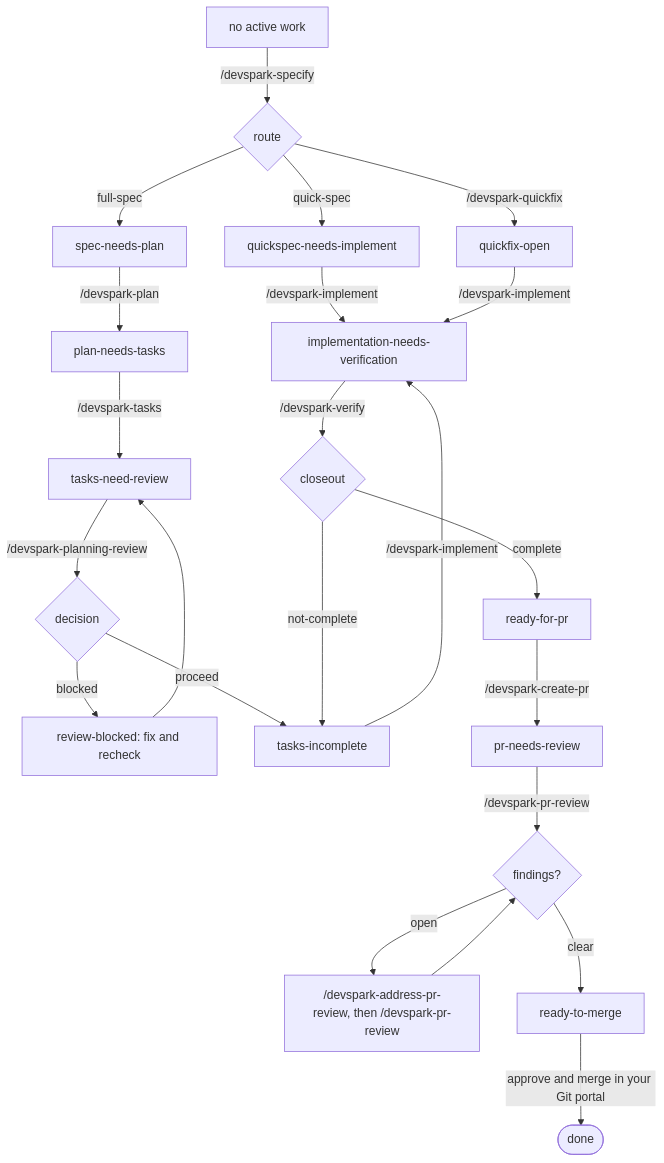
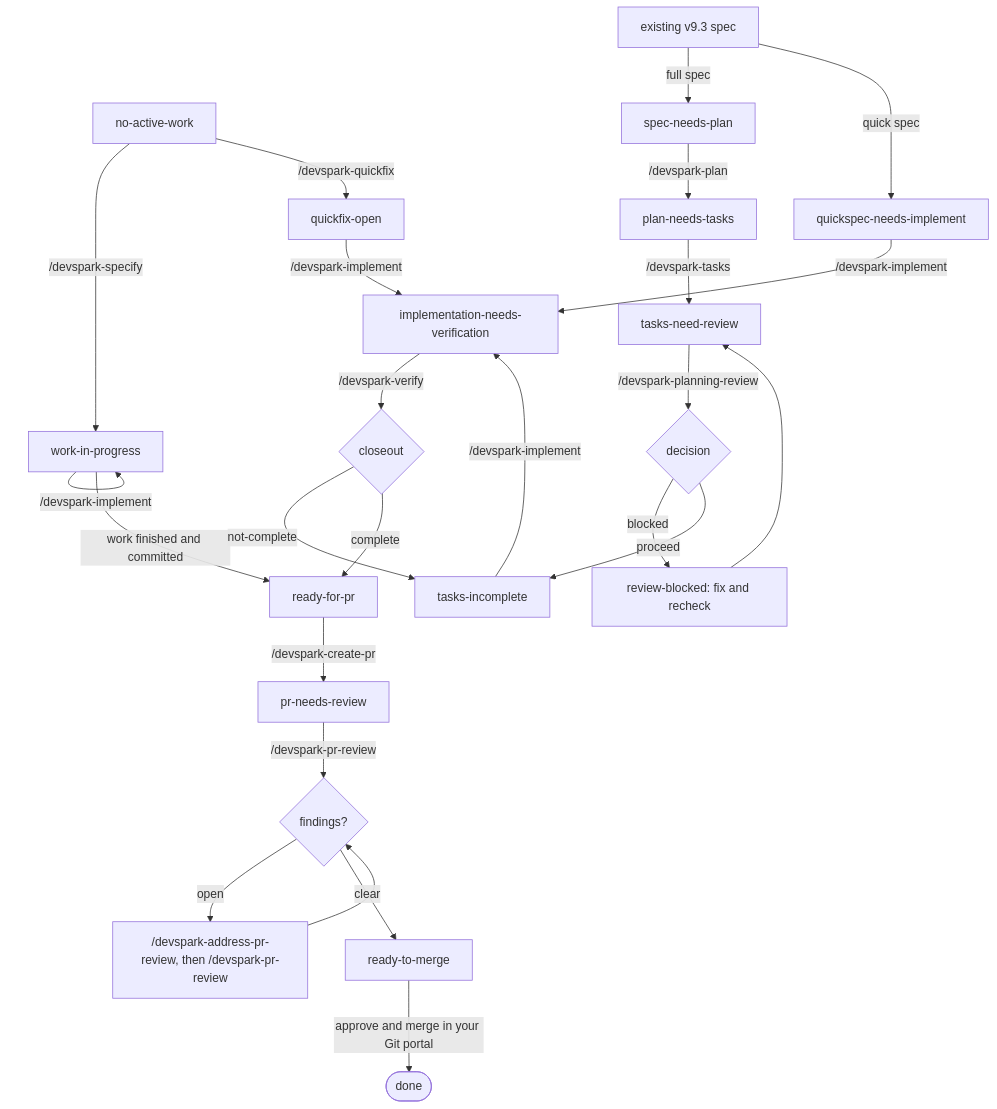
Before and after one commit to markhazleton/devspark: the diagram in site/src/guides/troubleshooting-usage.md, drawn with Mermaid. The commit also changed other lines of this file and 197 other files, not shown here.

````diff
--- a/site/src/guides/troubleshooting-usage.md
+++ b/site/src/guides/troubleshooting-usage.md
@@ -47,25 +42,27 @@
 ```mermaid
 flowchart TD
-    A[no active work] -->|/devspark-specify| B{route}
-    B -->|/devspark-quickfix| Q[quickfix-open]
-    B -->|quick-spec| QS[quickspec-needs-implement]
-    B -->|full-spec| P[spec-needs-plan]
+    A[no-active-work] -->|/devspark-specify| W[work-in-progress]
+    A -->|/devspark-quickfix| Q[quickfix-open]
+    W -->|/devspark-implement| W
+    W -->|work finished and committed| RP
+    Q -->|/devspark-implement| VF
+    L[existing v9.3 spec] -->|full spec| P[spec-needs-plan]
+    L -->|quick spec| QS[quickspec-needs-implement]
     P -->|/devspark-plan| T[plan-needs-tasks]
     T -->|/devspark-tasks| RV[tasks-need-review]
     RV -->|/devspark-planning-review| RB{decision}
     RB -->|blocked| RBL[review-blocked: fix and recheck]
     RBL --> RV
     RB -->|proceed| IM[tasks-incomplete]
     IM -->|/devspark-implement| VF[implementation-needs-verification]
     QS -->|/devspark-implement| VF
-    Q -->|/devspark-implement| VF
     VF -->|/devspark-verify| CO{closeout}
     CO -->|not-complete| IM
     CO -->|complete| RP[ready-for-pr]
     RP -->|/devspark-create-pr| PR[pr-needs-review]
     PR -->|/devspark-pr-review| OF{findings?}
     OF -->|open| AD["/devspark-address-pr-review, then /devspark-pr-review"]
     AD --> OF
     OF -->|clear| MG[ready-to-merge]
     MG -->|approve and merge in your Git portal| DONE([done])
 ```
````
